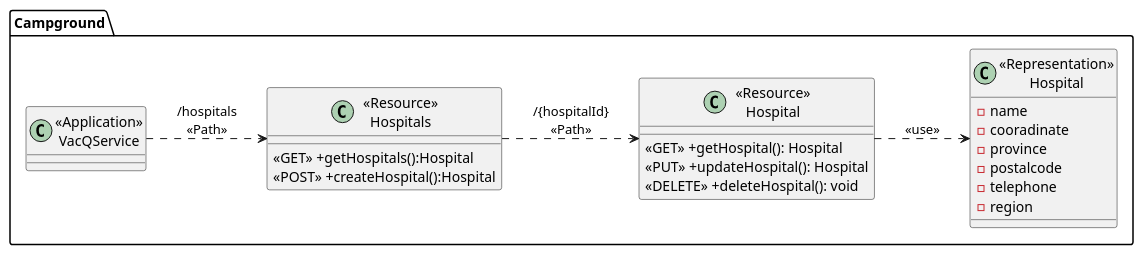
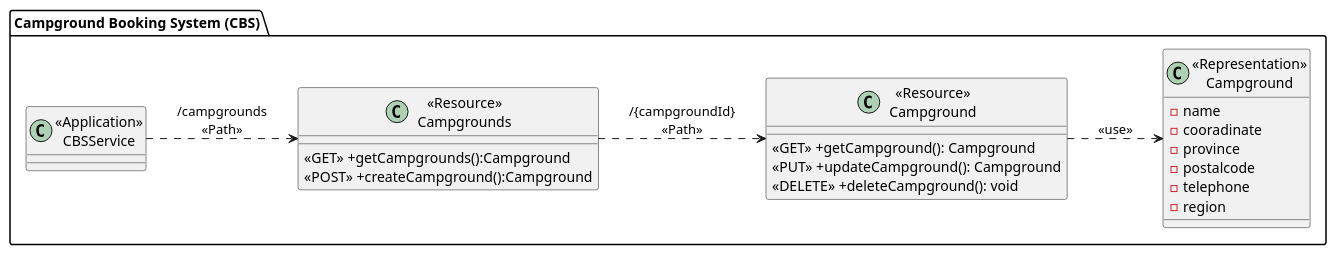
One commit to FaiiFaiipuipui/CEDT_Y1T2_backend-campgroundbooking changed the diagram in diagram/CampgroundClass.puml. Above: the diagram before and after it, drawn with PlantUML. The commit also changed 8 other files, not shown here.

Commit message:
Modify the usecase diagram

```diff
--- a/diagram/CampgroundClass.puml
+++ b/diagram/CampgroundClass.puml
@@ -1,32 +1,32 @@
 @startuml
 left to right direction
-package "Campground"{
-    class "<<Application>>\nVacQService" as VacQService{}
+package "Campground Booking System (CBS)"{
+    class "<<Application>>\nCBSService" as CBSService{}
 
-    class "<<Resource>>\nHospitals" as ResourceHospitals{
-        <<GET>> +getHospitals():Hospital
-        <<POST>> +createHospital():Hospital
+    class "<<Resource>>\nCampgrounds" as ResourceCampgrounds{
+        <<GET>> +getCampgrounds():Campground
+        <<POST>> +createCampground():Campground
     }
 
-    class "<<Resource>>\nHospital" as ResourceHospital {
-        <<GET>> +getHospital(): Hospital
-        <<PUT>> +updateHospital(): Hospital
-        <<DELETE>> +deleteHospital(): void
+    class "<<Resource>>\nCampground" as ResourceCampground {
+        <<GET>> +getCampground(): Campground
+        <<PUT>> +updateCampground(): Campground
+        <<DELETE>> +deleteCampground(): void
     }
 
-    class "<<Representation>>\nHospital" as RepresentationHospital {
+    class "<<Representation>>\nCampground" as RepresentationCampground {
         -name
         -cooradinate
         -province
         -postalcode
         -telephone
         -region
     }
 
 }
 
-VacQService ..> ResourceHospitals:"/hospitals\n<<Path>>"
-ResourceHospitals ..> ResourceHospital: "/{hospitalId}\n<<Path>>"
-ResourceHospital ..> RepresentationHospital: "<<use>>"
+CBSService ..> ResourceCampgrounds:"/campgrounds\n<<Path>>"
+ResourceCampgrounds ..> ResourceCampground: "/{campgroundId}\n<<Path>>"
+ResourceCampground ..> RepresentationCampground: "<<use>>"
 
 @enduml
```
